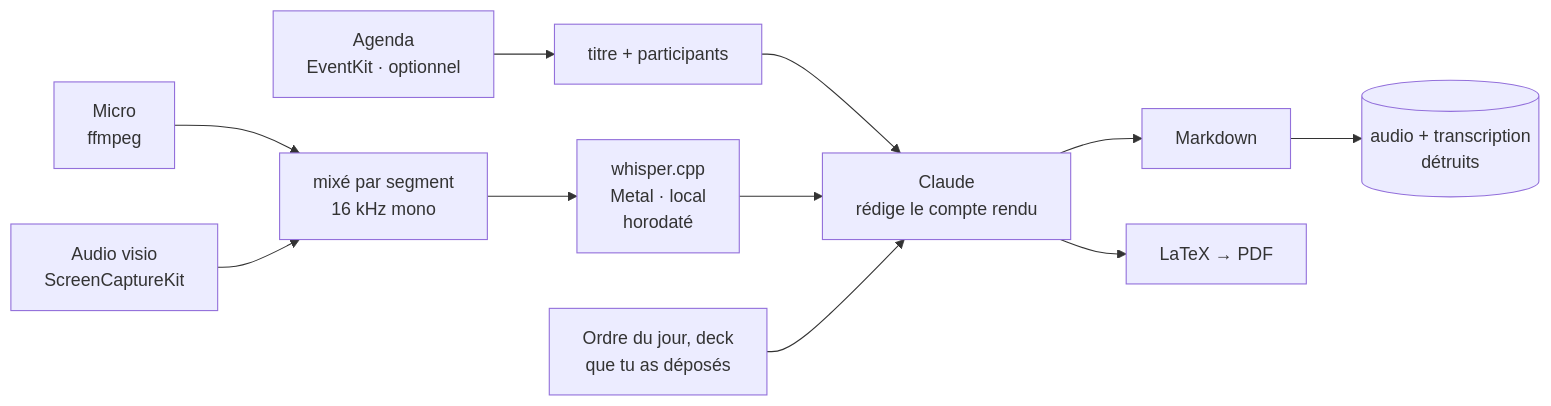
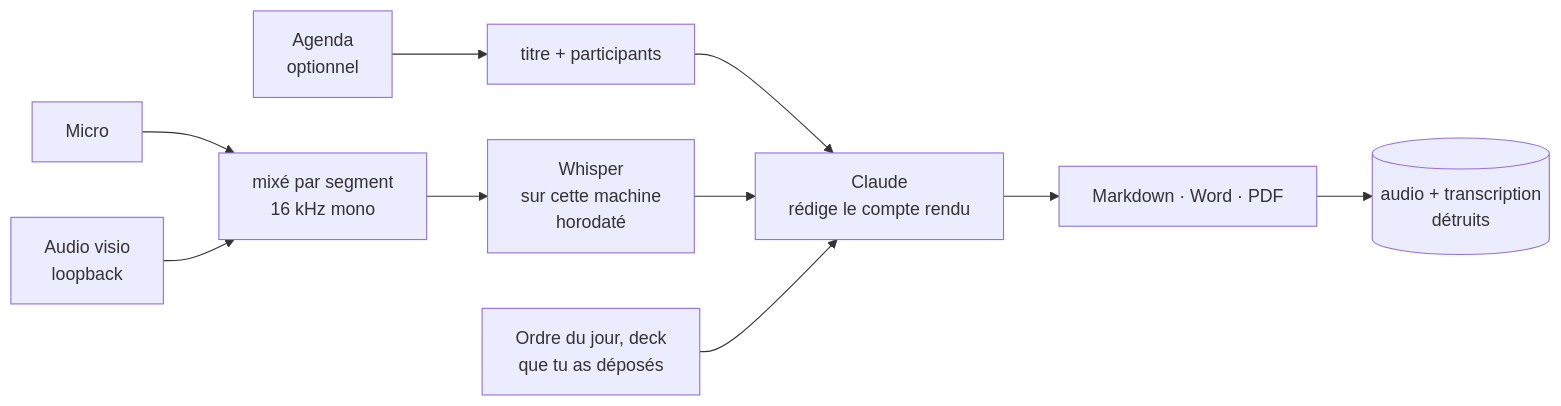
The diagram in README.fr.md (Manceff/mispy), drawn with Mermaid before and after one commit. The commit also changed other lines of this file and 20 other files, not shown here.

````diff
--- a/README.fr.md
+++ b/README.fr.md
@@ -281,13 +351,12 @@
 ```mermaid
 flowchart LR
-    MIC[Micro<br/>ffmpeg] --> MIX[mixé par segment<br/>16 kHz mono]
-    SYS[Audio visio<br/>ScreenCaptureKit] --> MIX
-    CAL[Agenda<br/>EventKit · optionnel] --> META[titre + participants]
-    MIX --> WH[whisper.cpp<br/>Metal · local<br/>horodaté]
+    MIC[Micro] --> MIX[mixé par segment<br/>16 kHz mono]
+    SYS[Audio visio<br/>loopback] --> MIX
+    CAL[Agenda<br/>optionnel] --> META[titre + participants]
+    MIX --> WH[Whisper<br/>sur cette machine<br/>horodaté]
     META --> CL
     WH --> CL[Claude<br/>rédige le compte rendu]
     DOC[Ordre du jour, deck<br/>que tu as déposés] --> CL
-    CL --> MD[Markdown]
-    CL --> PDF[LaTeX → PDF]
+    CL --> MD[Markdown · Word · PDF]
     MD --> SHRED[(audio + transcription<br/>détruits)]
 ```
````
